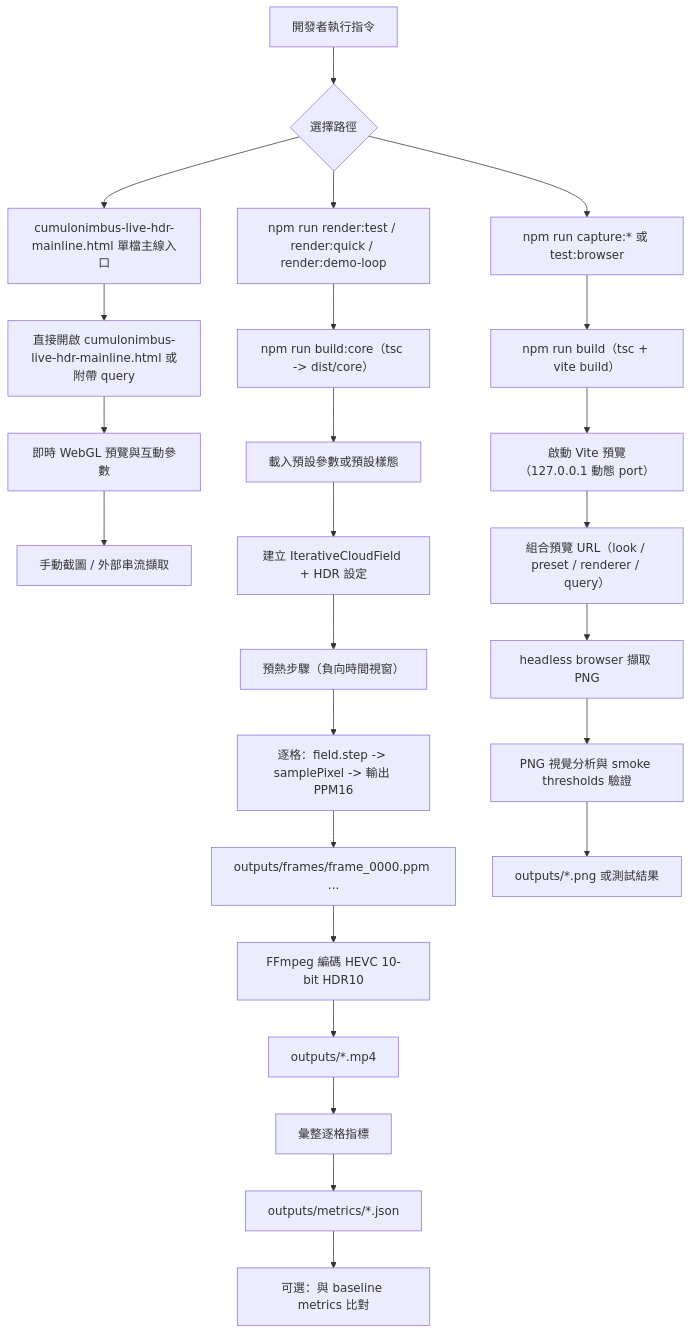
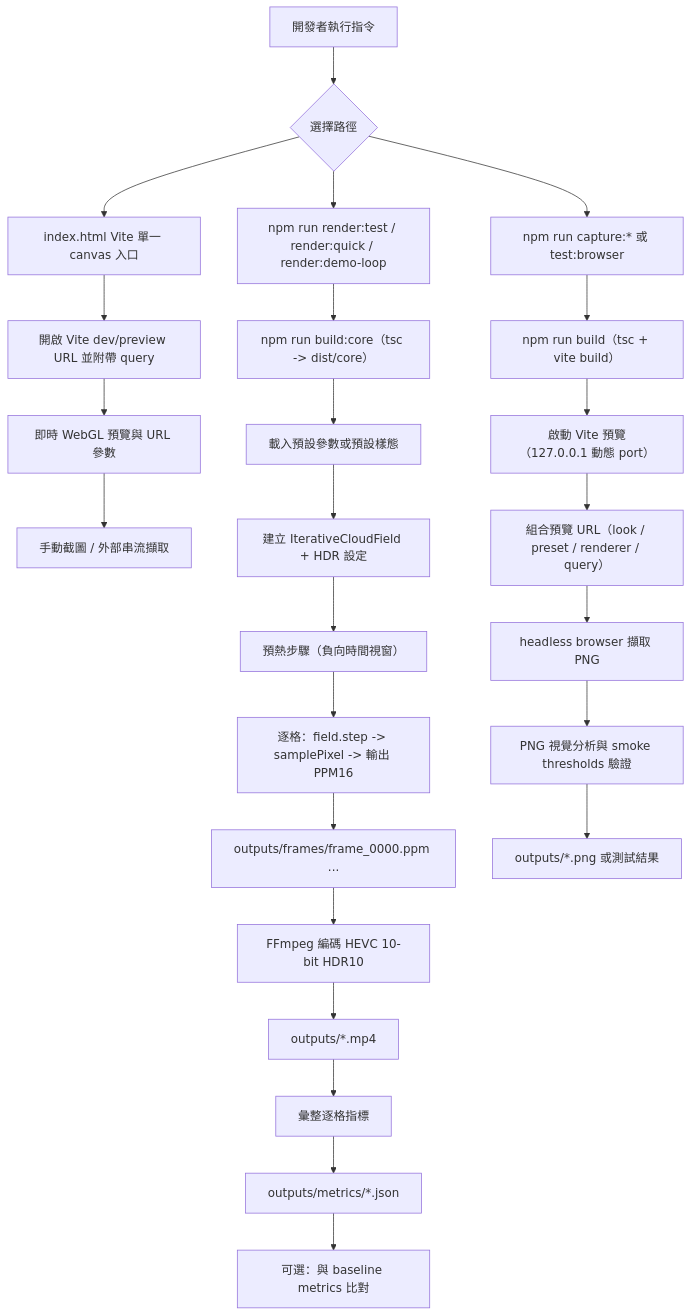
One commit to pingqLIN/cumulonimbus-live-hdr changed the diagram in docs/image-generation-pipeline.zh-tw.md. Above: the diagram before and after it, drawn with Mermaid. The commit also changed other lines of this file and 6 other files, not shown here.

````diff
--- a/docs/image-generation-pipeline.zh-tw.md
+++ b/docs/image-generation-pipeline.zh-tw.md
@@ -9,31 +9,31 @@
 ```mermaid
 flowchart TD
   A["開發者執行指令"] --> B{選擇路徑}
 
-  B --> C["cumulonimbus-live-hdr-mainline.html 單檔主線入口"]
+  B --> C["index.html Vite 單一 canvas 入口"]
   B --> D["npm run render:test / render:quick / render:demo-loop"]
   B --> E["npm run capture:* 或 test:browser"]
 
-  C --> C1["直接開啟 cumulonimbus-live-hdr-mainline.html 或附帶 query"]
-  C1 --> C2["即時 WebGL 預覽與互動參數"]
+  C --> C1["開啟 Vite dev/preview URL 並附帶 query"]
+  C1 --> C2["即時 WebGL 預覽與 URL 參數"]
   C2 --> C3["手動截圖 / 外部串流擷取"]
 
   D --> D1["npm run build:core（tsc -> dist/core）"]
   D1 --> D2["載入預設參數或預設樣態"]
   D2 --> D3["建立 IterativeCloudField + HDR 設定"]
   D3 --> D4["預熱步驟（負向時間視窗）"]
   D4 --> D5["逐格：field.step -> samplePixel -> 輸出 PPM16"]
   D5 --> D6["outputs/frames/frame_0000.ppm ..."]
   D6 --> D7["FFmpeg 編碼 HEVC 10-bit HDR10"]
   D7 --> D8["outputs/*.mp4"]
   D8 --> D9["彙整逐格指標"]
   D9 --> D10["outputs/metrics/*.json"]
   D10 --> D11["可選：與 baseline metrics 比對"]
 
   E --> E1["npm run build（tsc + vite build）"]
   E1 --> E2["啟動 Vite 預覽（127.0.0.1 動態 port）"]
   E2 --> E3["組合預覽 URL（look / preset / renderer / query）"]
   E3 --> E4["headless browser 擷取 PNG"]
   E4 --> E5["PNG 視覺分析與 smoke thresholds 驗證"]
   E5 --> E6["outputs/*.png 或測試結果"]
 ```
````
